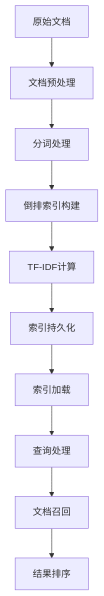
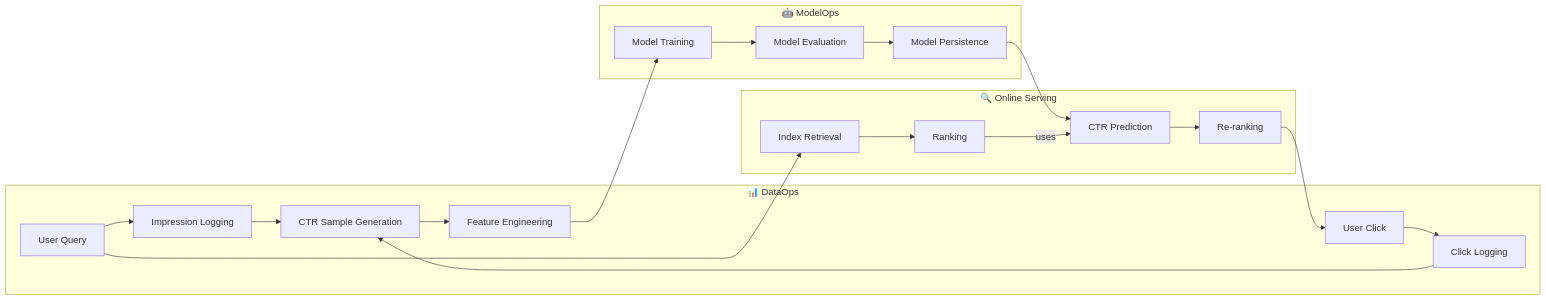
One commit to tylerelyt/test_bed changed the second of 2 diagrams in docs/ARCHITECTURE_AND_MODULES.md. Above: the diagram before and after it, drawn with Mermaid. The commit also changed other lines of this file and 12 other files, not shown here.

````diff
--- a/docs/ARCHITECTURE_AND_MODULES.md
+++ b/docs/ARCHITECTURE_AND_MODULES.md
@@ -161,12 +76,24 @@
 ```mermaid
-flowchart TD
-    A[原始文档] --> B[文档预处理]
-    B --> C[分词处理]
-    C --> D[倒排索引构建]
-    D --> E[TF-IDF计算]
-    E --> F[索引持久化]
-    F --> G[索引加载]
-    G --> H[查询处理]
-    H --> I[文档召回]
-    I --> J[结果排序]
+flowchart LR
+    subgraph "📊 DataOps"
+        A[User Query] --> B[Impression Logging]
+        C[User Click] --> D[Click Logging]
+        B & D --> E[CTR Sample Generation]
+        E --> F[Feature Engineering]
+    end
+
+    subgraph "🤖 ModelOps"
+        F --> G[Model Training]
+        G --> H[Model Evaluation]
+        H --> I[Model Persistence]
+    end
+
+    subgraph "🔍 Online Serving"
+        A --> J[Index Retrieval]
+        J --> K[Ranking]
+        I --> L[CTR Prediction]
+        K -- uses --> L
+        L --> M[Re-ranking]
+        M --> C
+    end
 ```
````
